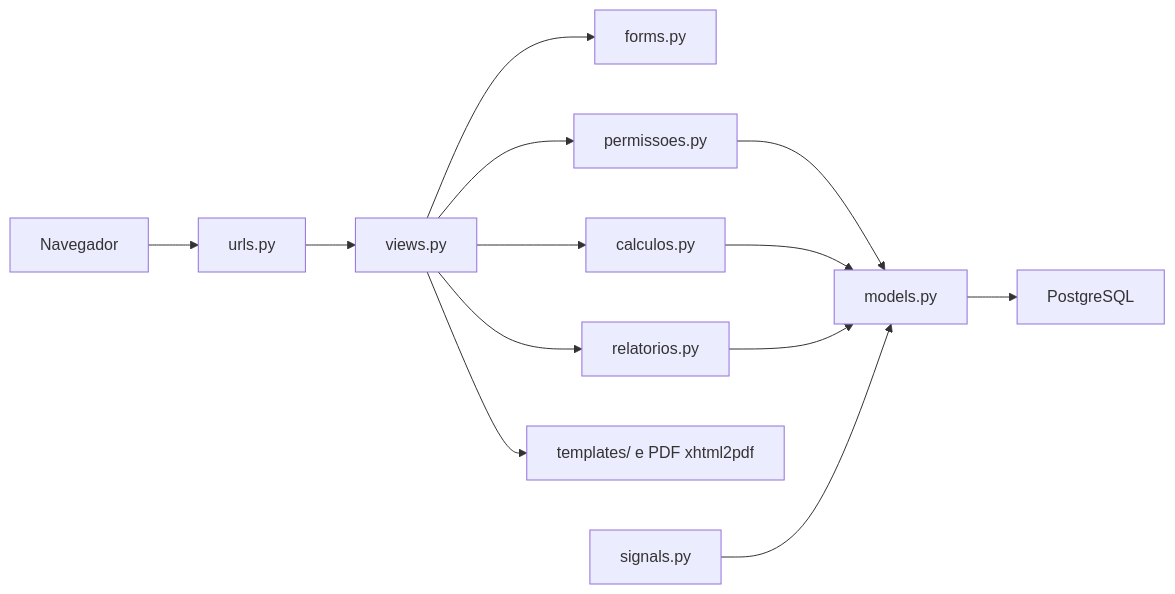
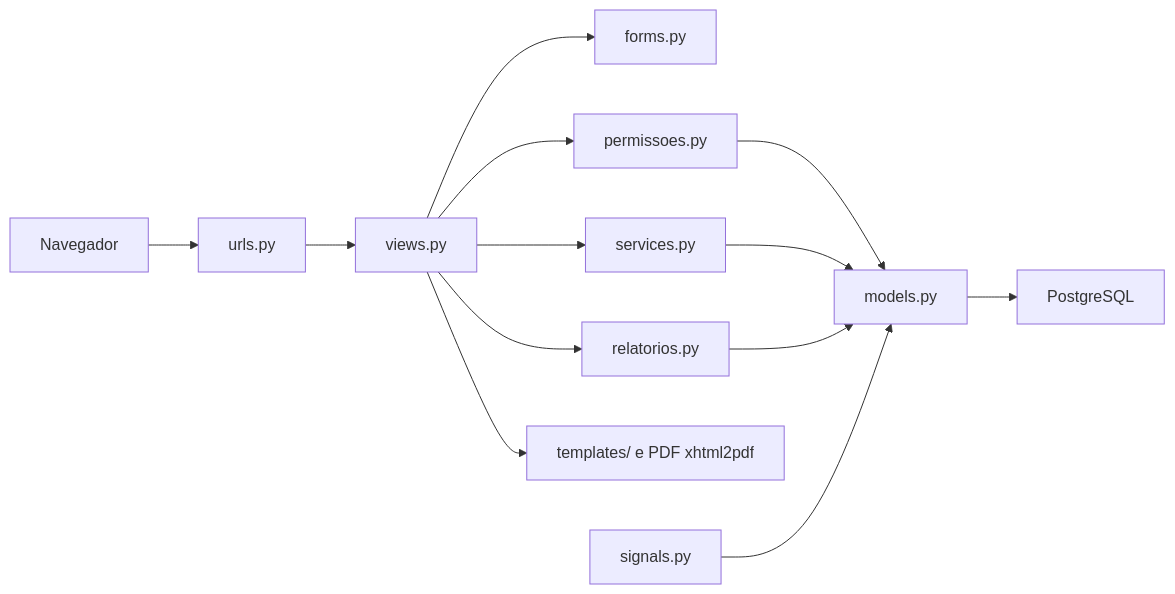
The diagram in docs/ARQUITETURA.md (guicannoslima/registro-ponto), drawn with Mermaid before and after one commit. The commit also changed other lines of this file and 56 other files, not shown here.

````diff
--- a/docs/ARQUITETURA.md
+++ b/docs/ARQUITETURA.md
@@ -9,15 +9,15 @@
 ```mermaid
 flowchart LR
   Navegador --> URLs[urls.py]
   URLs --> Views[views.py]
   Views --> Forms[forms.py]
   Views --> Permissoes[permissoes.py]
-  Views --> Calculos[calculos.py]
+  Views --> Services[services.py]
   Views --> Relatorios[relatorios.py]
   Views --> Templates[templates/ e PDF xhtml2pdf]
   Permissoes --> Models[models.py]
-  Calculos --> Models
+  Services --> Models
   Relatorios --> Models
   Signals[signals.py] --> Models
   Models --> PostgreSQL
 ```
````
